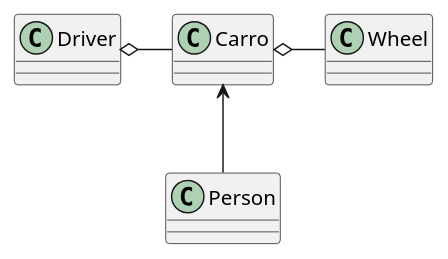
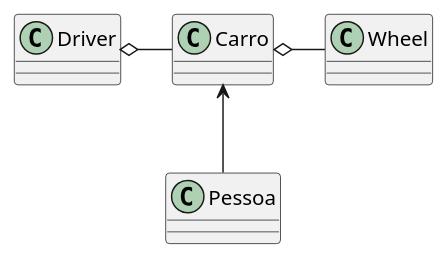
The diagram in diagrama_de_classes.plantuml (anleaes/2022-1-N2-POO-12), drawn with PlantUML before and after one commit.

Commit message:
traduzi o nome de pessoa

```diff
--- a/diagrama_de_classes.plantuml
+++ b/diagrama_de_classes.plantuml
@@ -1,8 +1,8 @@
 @startuml
 class Carro
  
 Driver o- Carro  
 Carro o- Wheel 
-Carro <-- Person
+Carro <-- Pessoa
 
 @enduml
```
